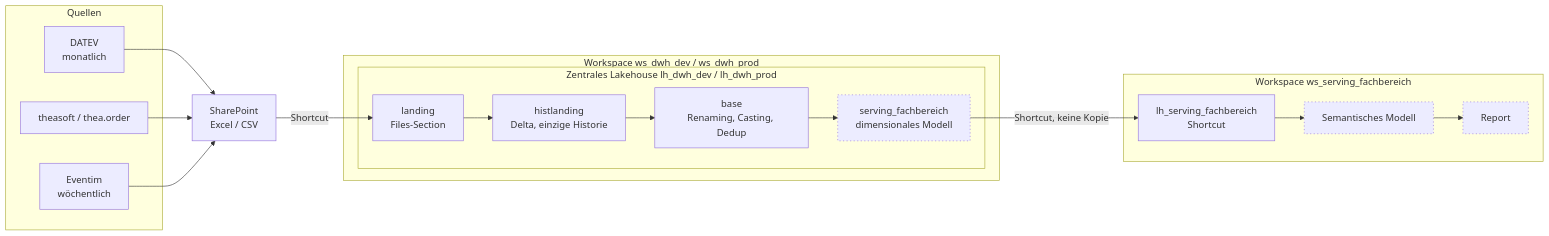
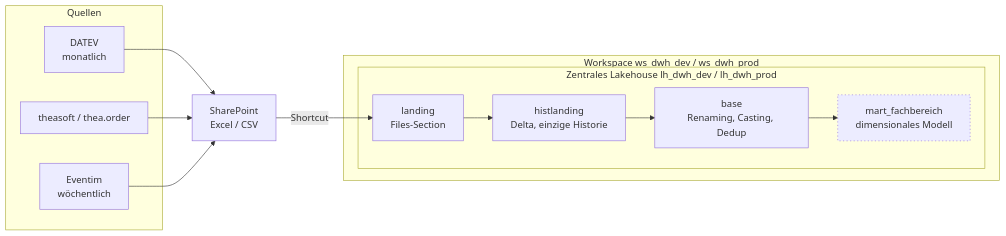
Before and after one commit to faudihno99/kro_testing: the first of 2 diagrams in docs/architecture/overview.md, drawn with Mermaid. The commit also changed other lines of this file and 12 other files, not shown here.

````diff
--- a/docs/architecture/overview.md
+++ b/docs/architecture/overview.md
@@ -16,35 +17,27 @@
 ```mermaid
 flowchart LR
   subgraph SRC["Quellen"]
     D["DATEV<br/>monatlich"]
     T["theasoft / thea.order"]
     E["Eventim<br/>wöchentlich"]
   end
   SP["SharePoint<br/>Excel / CSV"]
 
   subgraph WSDWH["Workspace ws_dwh_dev / ws_dwh_prod"]
     subgraph LH["Zentrales Lakehouse lh_dwh_dev / lh_dwh_prod"]
       L["landing<br/>Files-Section"]
       H["histlanding<br/>Delta, einzige Historie"]
       B["base<br/>Renaming, Casting, Dedup"]
-      S["serving_fachbereich<br/>dimensionales Modell"]
+      S["mart_fachbereich<br/>dimensionales Modell"]
     end
-  end
-
-  subgraph WSS["Workspace ws_serving_fachbereich"]
-    SL["lh_serving_fachbereich<br/>Shortcut"]
-    SM["Semantisches Modell"]
-    R["Report"]
   end
 
   D --> SP
   T --> SP
   E --> SP
   SP -- "Shortcut" --> L
   L --> H --> B --> S
-  S -- "Shortcut, keine Kopie" --> SL
-  SL --> SM --> R
 
   classDef open stroke-dasharray: 2 4
-  class S,SM,R open
+  class S open
 ```
````
